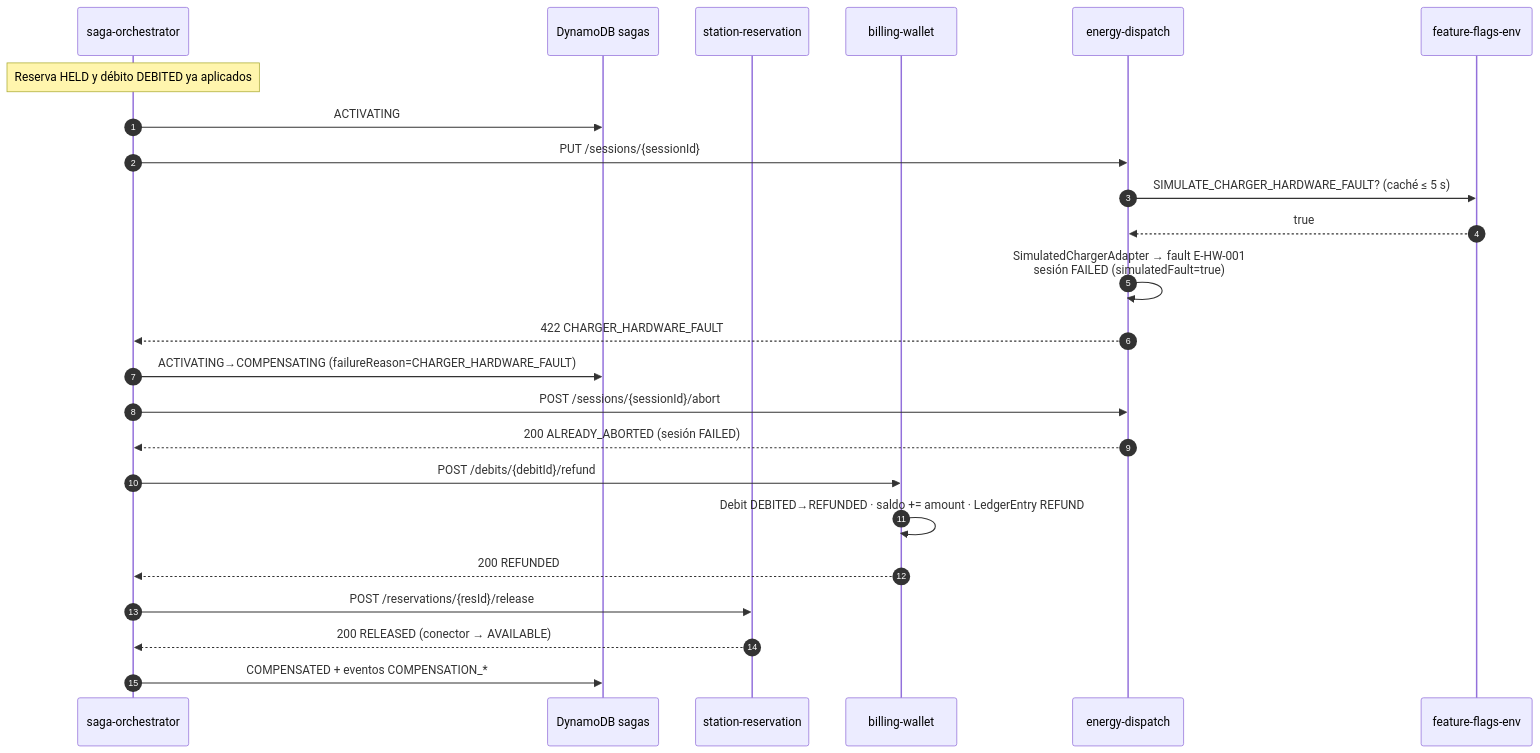
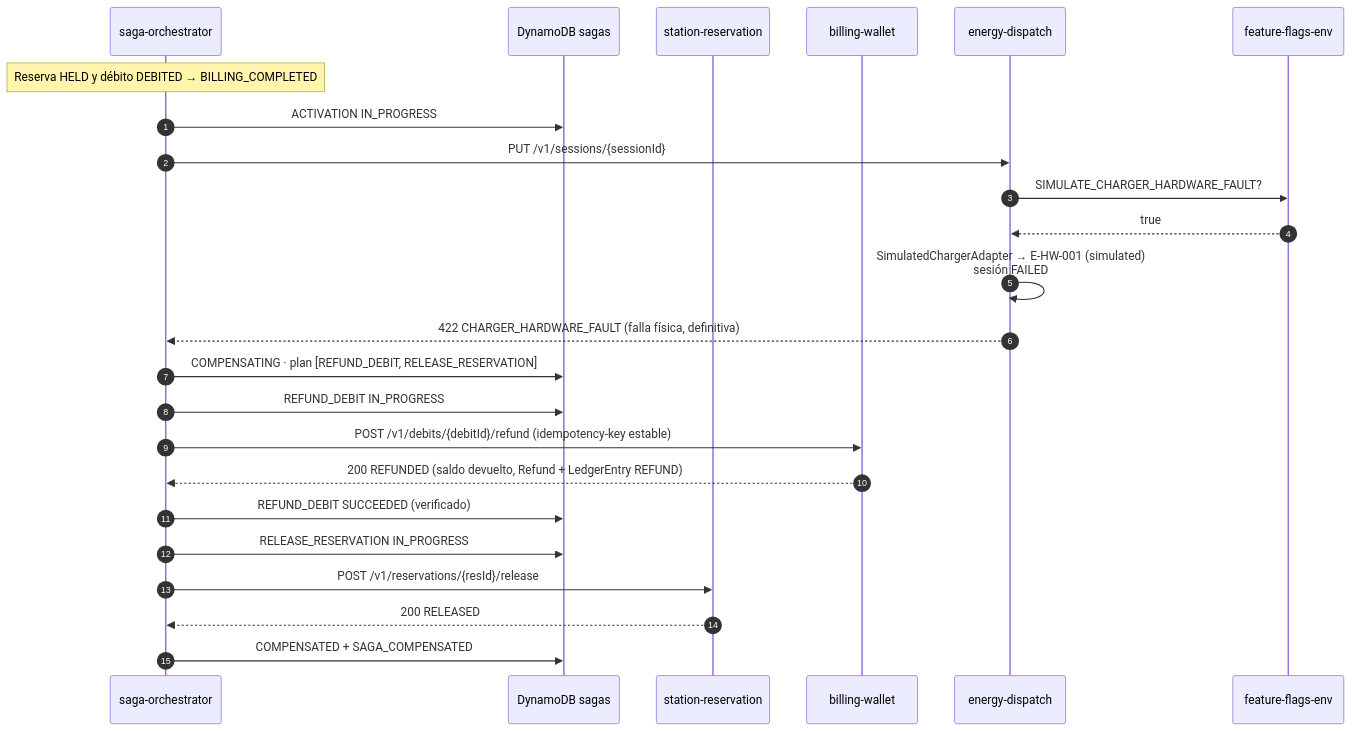
The fourth of 6 diagrams in docs/architecture/02-saga.md (santiagoSaMi/aegisvolt), drawn with Mermaid before and after one commit. The commit also changed other lines of this file and 88 other files, not shown here.

````diff
--- a/docs/architecture/02-saga.md
+++ b/docs/architecture/02-saga.md
@@ -113,27 +128,27 @@
 ```mermaid
 sequenceDiagram
   autonumber
   participant O as saga-orchestrator
   participant DS as DynamoDB sagas
   participant R as station-reservation
   participant B as billing-wallet
   participant D as energy-dispatch
   participant FF as feature-flags-env
 
-  Note over O: Reserva HELD y débito DEBITED ya aplicados
-  O->>DS: ACTIVATING
-  O->>D: PUT /sessions/{sessionId}
-  D->>FF: SIMULATE_CHARGER_HARDWARE_FAULT? (caché ≤ 5 s)
+  Note over O: Reserva HELD y débito DEBITED → BILLING_COMPLETED
+  O->>DS: ACTIVATION IN_PROGRESS
+  O->>D: PUT /v1/sessions/{sessionId}
+  D->>FF: SIMULATE_CHARGER_HARDWARE_FAULT?
   FF-->>D: true
-  D->>D: SimulatedChargerAdapter → fault E-HW-001<br/>sesión FAILED (simulatedFault=true)
-  D-->>O: 422 CHARGER_HARDWARE_FAULT
-  O->>DS: ACTIVATING→COMPENSATING (failureReason=CHARGER_HARDWARE_FAULT)
-  O->>D: POST /sessions/{sessionId}/abort
-  D-->>O: 200 ALREADY_ABORTED (sesión FAILED)
-  O->>B: POST /debits/{debitId}/refund
-  B->>B: Debit DEBITED→REFUNDED · saldo += amount · LedgerEntry REFUND
-  B-->>O: 200 REFUNDED
-  O->>R: POST /reservations/{resId}/release
-  R-->>O: 200 RELEASED (conector → AVAILABLE)
-  O->>DS: COMPENSATED + eventos COMPENSATION_*
+  D->>D: SimulatedChargerAdapter → E-HW-001 (simulated)<br/>sesión FAILED
+  D-->>O: 422 CHARGER_HARDWARE_FAULT (falla física, definitiva)
+  O->>DS: COMPENSATING · plan [REFUND_DEBIT, RELEASE_RESERVATION]
+  O->>DS: REFUND_DEBIT IN_PROGRESS
+  O->>B: POST /v1/debits/{debitId}/refund (idempotency-key estable)
+  B-->>O: 200 REFUNDED (saldo devuelto, Refund + LedgerEntry REFUND)
+  O->>DS: REFUND_DEBIT SUCCEEDED (verificado)
+  O->>DS: RELEASE_RESERVATION IN_PROGRESS
+  O->>R: POST /v1/reservations/{resId}/release
+  R-->>O: 200 RELEASED
+  O->>DS: COMPENSATED + SAGA_COMPENSATED
 ```
````
